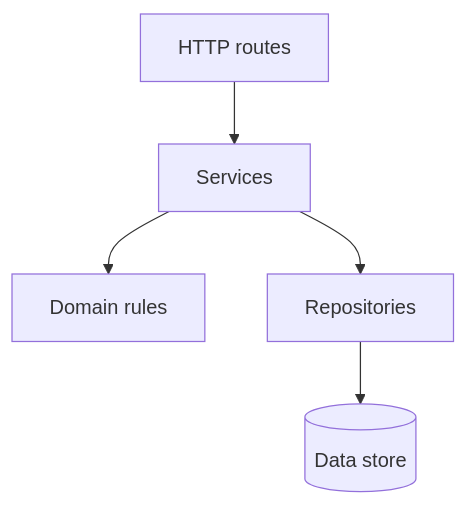
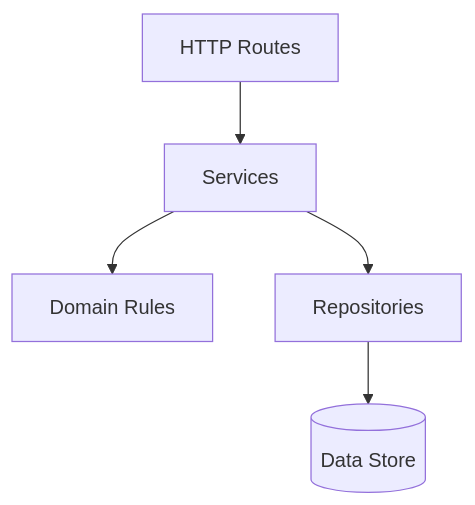
Before and after one commit to TariladoFavour/das-2026-capstone-project: the first of 3 diagrams in docs/architecture.md, drawn with Mermaid. The commit also changed other lines of this file and 10 other files, not shown here.

Commit message:
Build 3: Ai-built server, architectureand tests, ai log

````diff
--- a/docs/architecture.md
+++ b/docs/architecture.md
@@ -5,7 +7,7 @@
 ```mermaid
 flowchart TB
-  routes[HTTP routes] --> services[Services]
-  services --> rules[Domain rules]
-  services --> repositories[Repositories]
-  repositories --> data[(Data store)]
+  routes["HTTP Routes"] --> services["Services"]
+  services --> rules["Domain Rules"]
+  services --> repositories["Repositories"]
+  repositories --> data[("Data Store")]
 ```
````
